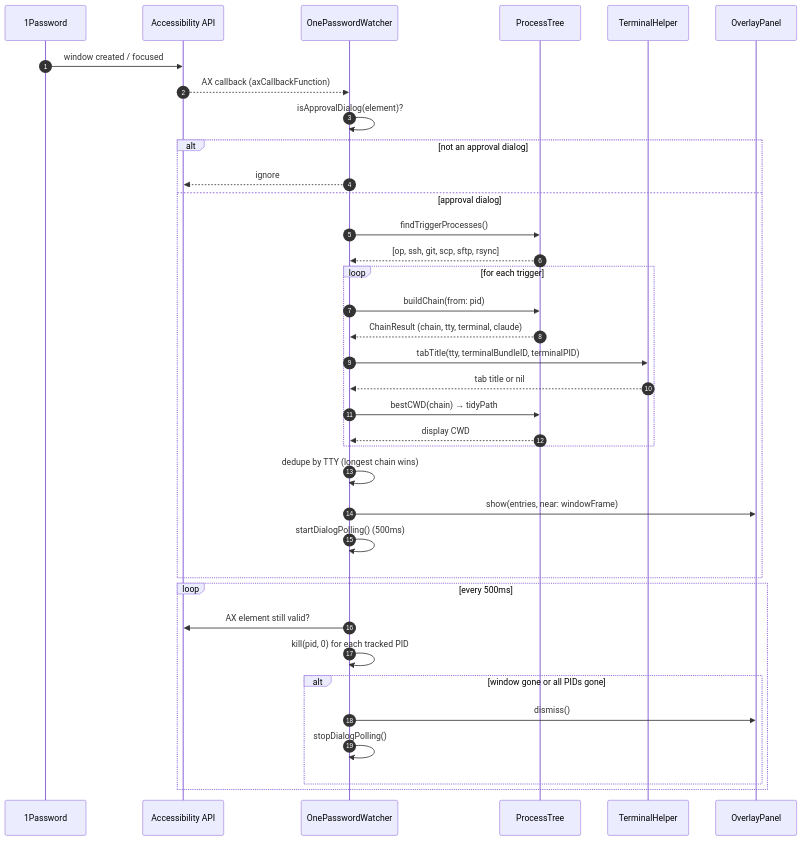
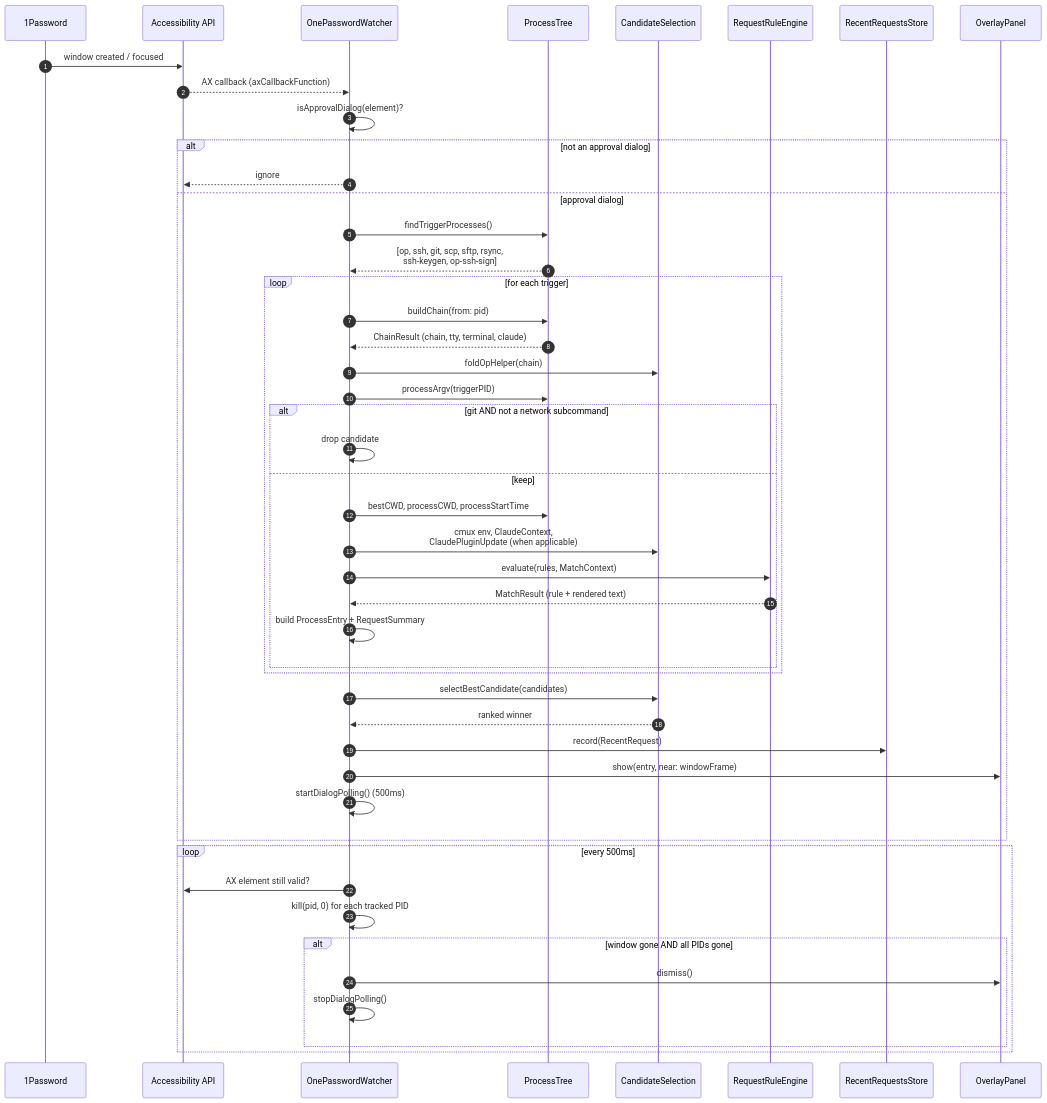
Before and after one commit to stigsb/op-who: the second of 4 diagrams in docs/architecture.md, drawn with Mermaid. The commit also changed other lines of this file and 1 other file, not shown here.

````diff
--- a/docs/architecture.md
+++ b/docs/architecture.md
@@ -55,40 +93,51 @@
 ```mermaid
 sequenceDiagram
     autonumber
     participant OnePassword as 1Password
     participant AX as Accessibility API
     participant Watcher as OnePasswordWatcher
     participant Tree as ProcessTree
-    participant Term as TerminalHelper
+    participant Cand as CandidateSelection
+    participant Engine as RequestRuleEngine
+    participant Store as RecentRequestsStore
     participant Overlay as OverlayPanel
 
     OnePassword->>AX: window created / focused
     AX-->>Watcher: AX callback (axCallbackFunction)
     Watcher->>Watcher: isApprovalDialog(element)?
     alt not an approval dialog
         Watcher-->>AX: ignore
     else approval dialog
         Watcher->>Tree: findTriggerProcesses()
-        Tree-->>Watcher: [op, ssh, git, scp, sftp, rsync]
+        Tree-->>Watcher: [op, ssh, git, scp, sftp, rsync,<br/>ssh-keygen, op-ssh-sign]
         loop for each trigger
             Watcher->>Tree: buildChain(from: pid)
             Tree-->>Watcher: ChainResult (chain, tty, terminal, claude)
-            Watcher->>Term: tabTitle(tty, terminalBundleID, terminalPID)
-            Term-->>Watcher: tab title or nil
-            Watcher->>Tree: bestCWD(chain) → tidyPath
-            Tree-->>Watcher: display CWD
+            Watcher->>Cand: foldOpHelper(chain)
+            Watcher->>Tree: processArgv(triggerPID)
+            alt git AND not a network subcommand
+                Watcher->>Watcher: drop candidate
+            else keep
+                Watcher->>Tree: bestCWD, processCWD, processStartTime
+                Watcher->>Cand: cmux env, ClaudeContext,<br/>ClaudePluginUpdate (when applicable)
+                Watcher->>Engine: evaluate(rules, MatchContext)
+                Engine-->>Watcher: MatchResult (rule + rendered text)
+                Watcher->>Watcher: build ProcessEntry + RequestSummary
+            end
         end
-        Watcher->>Watcher: dedupe by TTY (longest chain wins)
-        Watcher->>Overlay: show(entries, near: windowFrame)
+        Watcher->>Cand: selectBestCandidate(candidates)
+        Cand-->>Watcher: ranked winner
+        Watcher->>Store: record(RecentRequest)
+        Watcher->>Overlay: show(entry, near: windowFrame)
         Watcher->>Watcher: startDialogPolling() (500ms)
     end
 
     loop every 500ms
         Watcher->>AX: AX element still valid?
         Watcher->>Watcher: kill(pid, 0) for each tracked PID
-        alt window gone or all PIDs gone
+        alt window gone AND all PIDs gone
             Watcher->>Overlay: dismiss()
             Watcher->>Watcher: stopDialogPolling()
         end
     end
 ```
````
